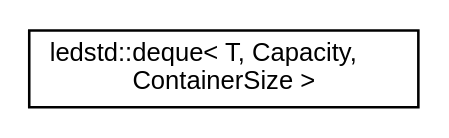
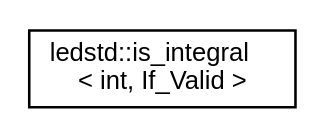
Before and after one commit to fvolcic/fvolcic.github.io: the diagram in inherit_graph_10.dot, drawn with Graphviz. The commit also changed 130 other files, not shown here.

```diff
--- a/inherit_graph_10.dot
+++ b/inherit_graph_10.dot
@@ -1,8 +1,8 @@
 digraph "Graphical Class Hierarchy"
 {
  // LATEX_PDF_SIZE
   edge [fontname="Helvetica",fontsize="10",labelfontname="Helvetica",labelfontsize="10"];
   node [fontname="Helvetica",fontsize="10",shape=record];
   rankdir="LR";
-  Node0 [label="ledstd::deque\< T, Capacity,\l ContainerSize \>",height=0.2,width=0.4,color="black", fillcolor="white", style="filled",URL="$classledstd_1_1deque.html",tooltip="This is a deque implementation."];
+  Node0 [label="ledstd::is_integral\l\< int, If_Valid \>",height=0.2,width=0.4,color="black", fillcolor="white", style="filled",URL="$structledstd_1_1is__integral_3_01int_00_01If__Valid_01_4.html",tooltip=" "];
 }
```
